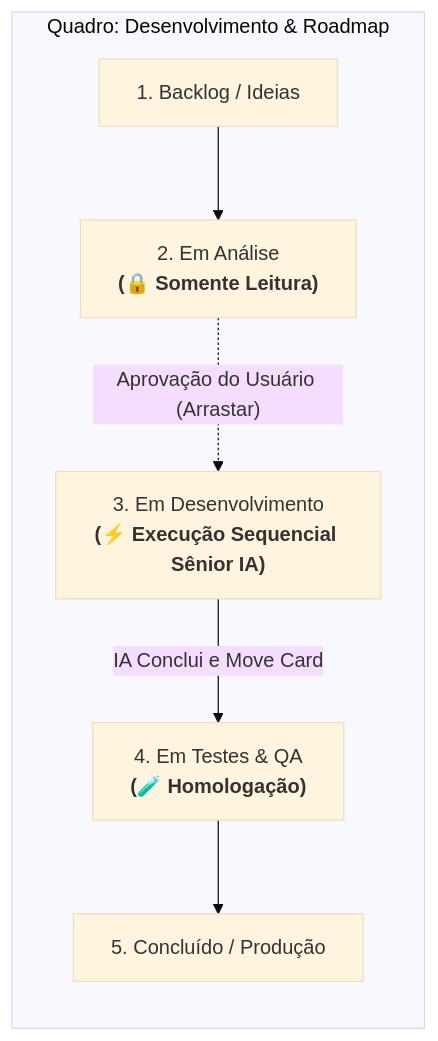
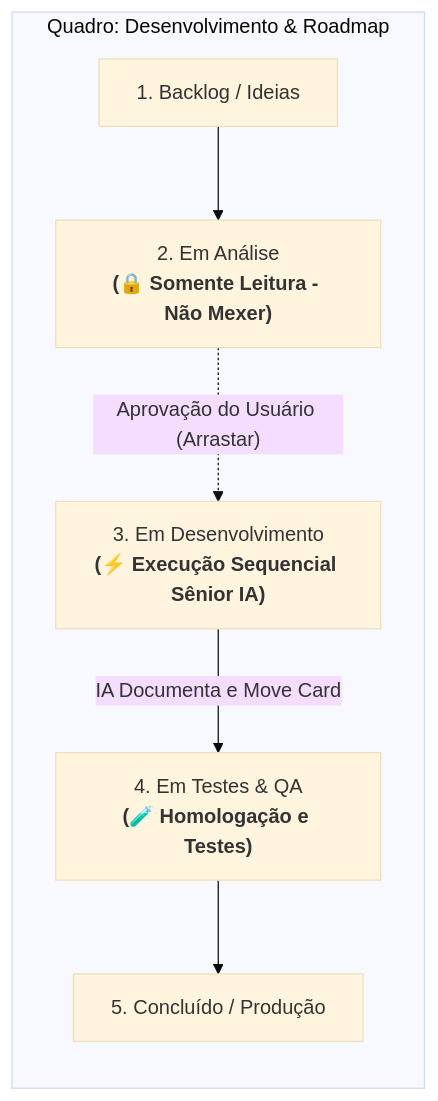
Before and after one commit to RonaldoXpointSolucoes/server-chatbot: the first of 2 diagrams in .agents/skills/fila-dev/SKILL.md, drawn with Mermaid (base theme). The commit also changed other lines of this file and 5 other files, not shown here.

````diff
--- a/.agents/skills/fila-dev/SKILL.md
+++ b/.agents/skills/fila-dev/SKILL.md
@@ -16,9 +30,9 @@
 ```mermaid
 graph LR
     subgraph CRM_KANBAN["Quadro: Desenvolvimento & Roadmap"]
-        A["1. Backlog / Ideias"] --> B["2. Em Análise<br/><b>(🔒 Somente Leitura)</b>"]
+        A["1. Backlog / Ideias"] --> B["2. Em Análise<br/><b>(🔒 Somente Leitura - Não Mexer)</b>"]
         B -.->|"Aprovação do Usuário (Arrastar)"| C["3. Em Desenvolvimento<br/><b>(⚡ Execução Sequencial Sênior IA)</b>"]
-        C -->|"IA Conclui e Move Card"| D["4. Em Testes & QA<br/><b>(🧪 Homologação)</b>"]
+        C -->|"IA Documenta e Move Card"| D["4. Em Testes & QA<br/><b>(🧪 Homologação e Testes)</b>"]
         D --> E["5. Concluído / Produção"]
     end
 ```
````
